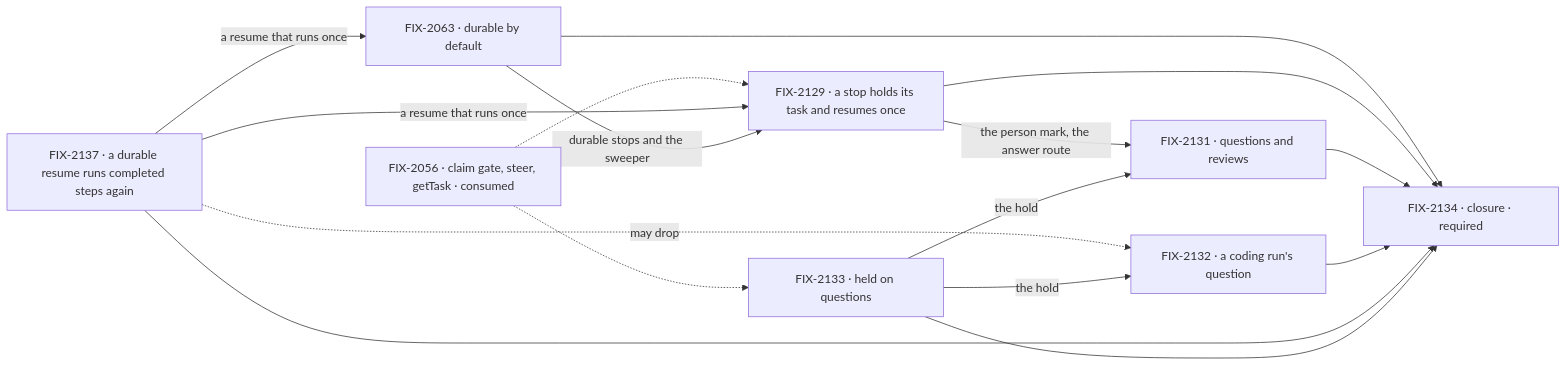
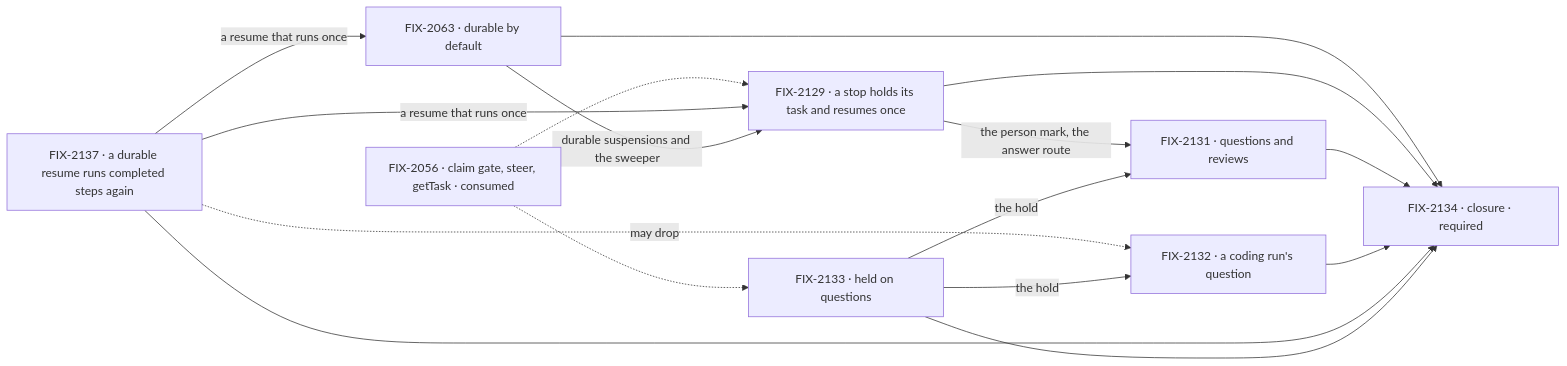
One commit to fixpoint-labs/flow-state-dev changed the second of 2 diagrams in specs/epics/FIX-2058/SPEC.md. Above: the diagram before and after it, drawn with Mermaid. The commit also changed other lines of this file and 5 other files, not shown here.

````diff
--- a/specs/epics/FIX-2058/SPEC.md
+++ b/specs/epics/FIX-2058/SPEC.md
@@ -108,18 +108,18 @@
 ```mermaid
 flowchart LR
   I["FIX-2056 · claim gate, steer, getTask · consumed"] -.-> B
   K["FIX-2137 · a durable resume runs completed steps again"] -->|"a resume that runs once"| A
   K -->|"a resume that runs once"| B
   K -.->|"may drop"| E
-  A["FIX-2063 · durable by default"] -->|"durable stops and the sweeper"| B["FIX-2129 · a stop holds its task and resumes once"]
+  A["FIX-2063 · durable by default"] -->|"durable suspensions and the sweeper"| B["FIX-2129 · a stop holds its task and resumes once"]
   B -->|"the person mark, the answer route"| D["FIX-2131 · questions and reviews"]
   I -.-> G["FIX-2133 · held on questions"]
   G -->|"the hold"| D
   G -->|"the hold"| E["FIX-2132 · a coding run's question"]
   A --> P["FIX-2134 · closure · required"]
   B --> P
   D --> P
   E --> P
   K --> P
   G --> P
 ```
````
